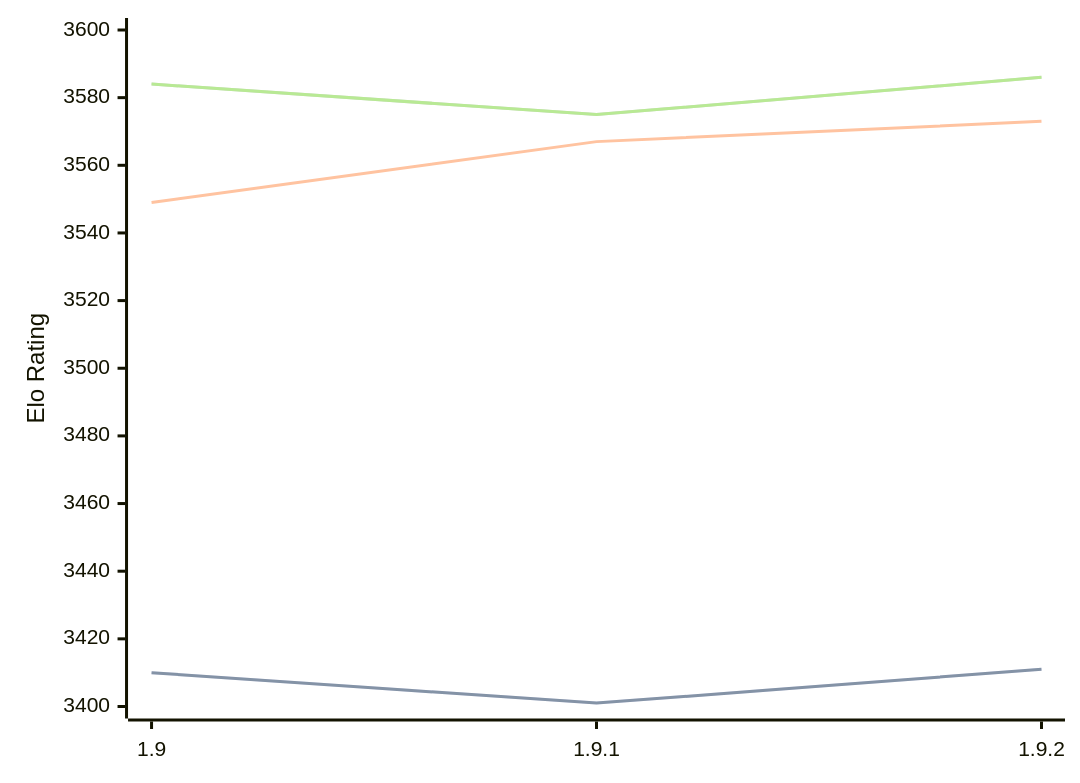
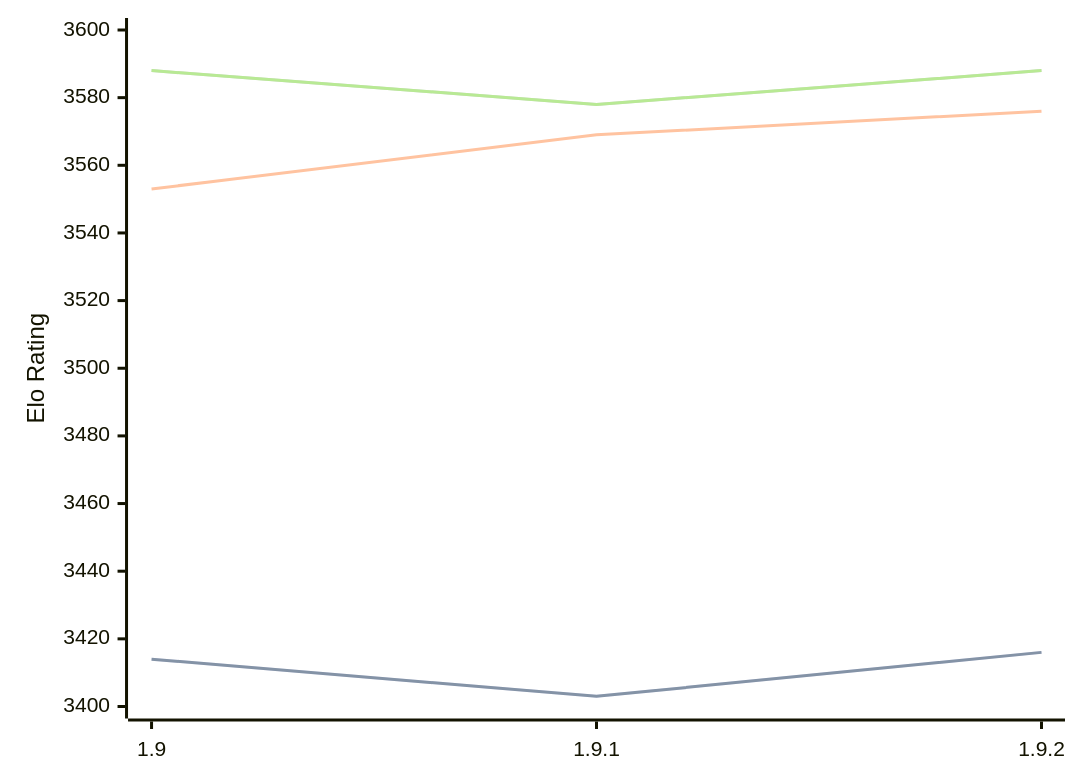
One commit to computer-chess-index/cci changed the diagram in engines/Pawnocchio.md. Above: the diagram before and after it, drawn with Mermaid. The commit also changed other lines of this file, not shown here.

Commit message:
Update CCI Ratings (ELO VLTC) - 2026-04-30

````diff
--- a/engines/Pawnocchio.md
+++ b/engines/Pawnocchio.md
@@ -48,11 +48,11 @@
 ```mermaid
 %%{init: {"theme":"base","themeVariables":{"seriesColors:['#a3a3a3','#222221','#faa371']}}}%%
 xychart-beta
   x-axis ["1.9", "1.9.1", "1.9.2"]
   y-axis "Elo Rating" 3400 --> 3600
-  line "STC (8.0+0.08s)" [3410, 3401, 3411]
-  line "STC (8.0+0.08s)" [3410, 3401, 3411]
-  line "LTC (60.0+0.60s)" [3549, 3567, 3573]
-  line "VLTC (2m24s+1.12s)" [3584, 3575, 3586]
-  line "VLTC (2m24s+1.12s)" [3584, 3575, 3586]
+  line "STC (8.0+0.08s)" [3414, 3403, 3416]
+  line "STC (8.0+0.08s)" [3414, 3403, 3416]
+  line "LTC (60.0+0.60s)" [3553, 3569, 3576]
+  line "VLTC (2m24s+1.12s)" [3588, 3578, 3588]
+  line "VLTC (2m24s+1.12s)" [3588, 3578, 3588]
 ```
````
